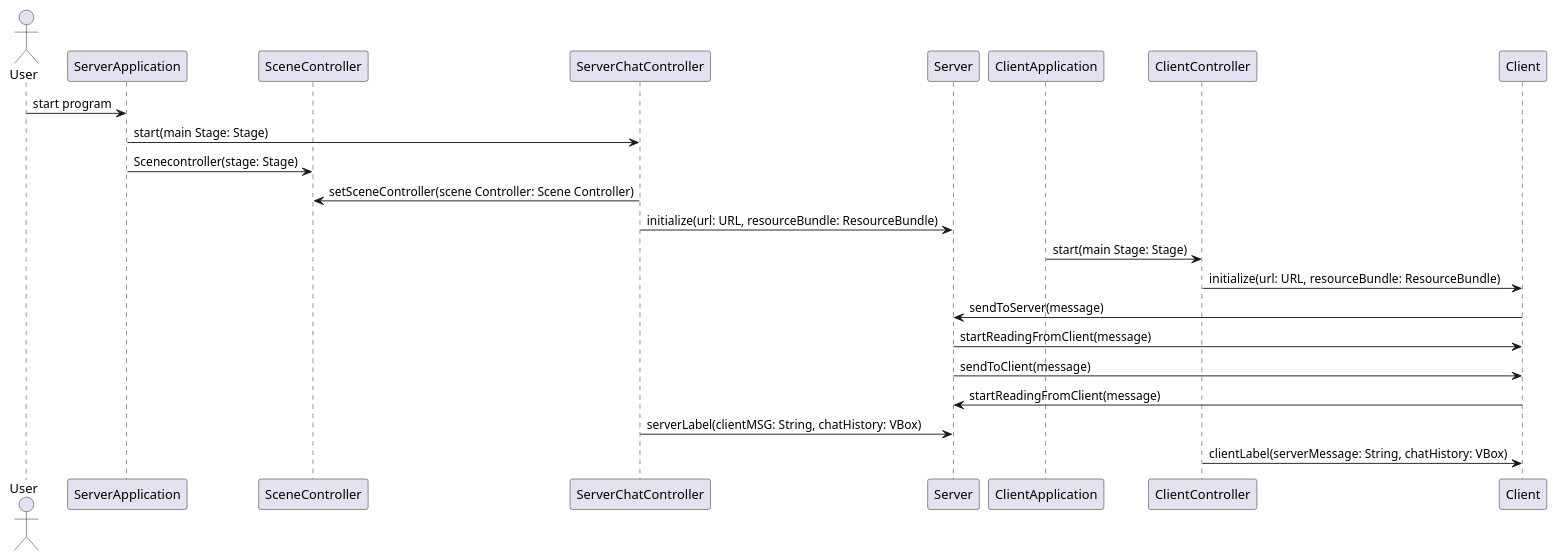
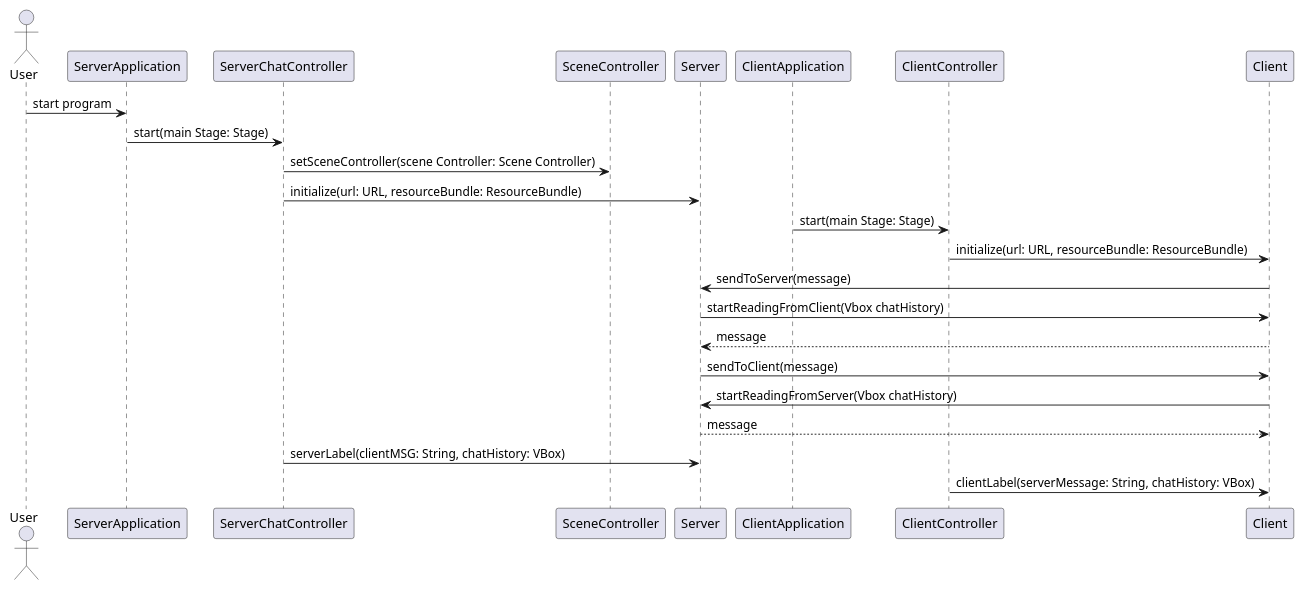
Before and after one commit to Nelle868/ChatsApp: the diagram in SequenceDiagram.puml, drawn with PlantUML.

Commit message:
Update SequenceDiagram.puml
Added the message return lines and positioned the right entities to make it more clearer

```diff
--- a/SequenceDiagram.puml
+++ b/SequenceDiagram.puml
@@ -1,27 +1,31 @@
 @startuml
 
 actor User
 participant ServerApplication
+participant ServerChatController
 participant SceneController
-participant ServerChatController
 participant Server
 participant ClientApplication
 participant ClientController
 participant Client
 
 User -> ServerApplication: start program
 ServerApplication -> ServerChatController: start(main Stage: Stage)
-ServerApplication -> SceneController: Scenecontroller(stage: Stage)
 ServerChatController -> SceneController:setSceneController(scene Controller: Scene Controller)
 ServerChatController -> Server: initialize(url: URL, resourceBundle: ResourceBundle)
+
 ClientApplication -> ClientController: start(main Stage: Stage)
 ClientController -> Client: initialize(url: URL, resourceBundle: ResourceBundle)
+
 Client -> Server: sendToServer(message)
-Server -> Client: startReadingFromClient(message)
+Server -> Client: startReadingFromClient(Vbox chatHistory)
+Client --> Server: message
 Server -> Client: sendToClient(message)
-Client -> Server: startReadingFromClient(message)
+Client -> Server: startReadingFromServer(Vbox chatHistory)
+Server --> Client: message
+
 ServerChatController -> Server: serverLabel(clientMSG: String, chatHistory: VBox)
 ClientController -> Client: clientLabel(serverMessage: String, chatHistory: VBox)  
 
 
 @enduml
```
